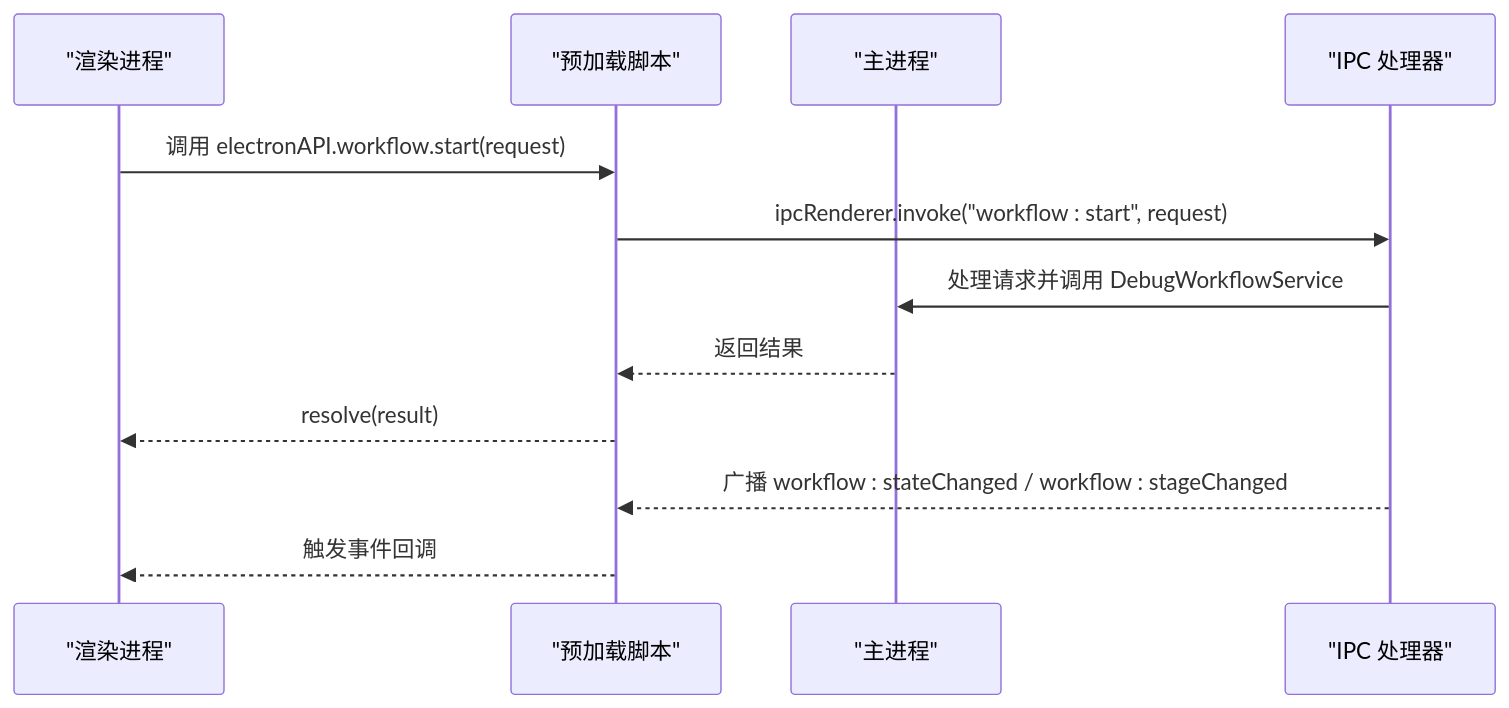
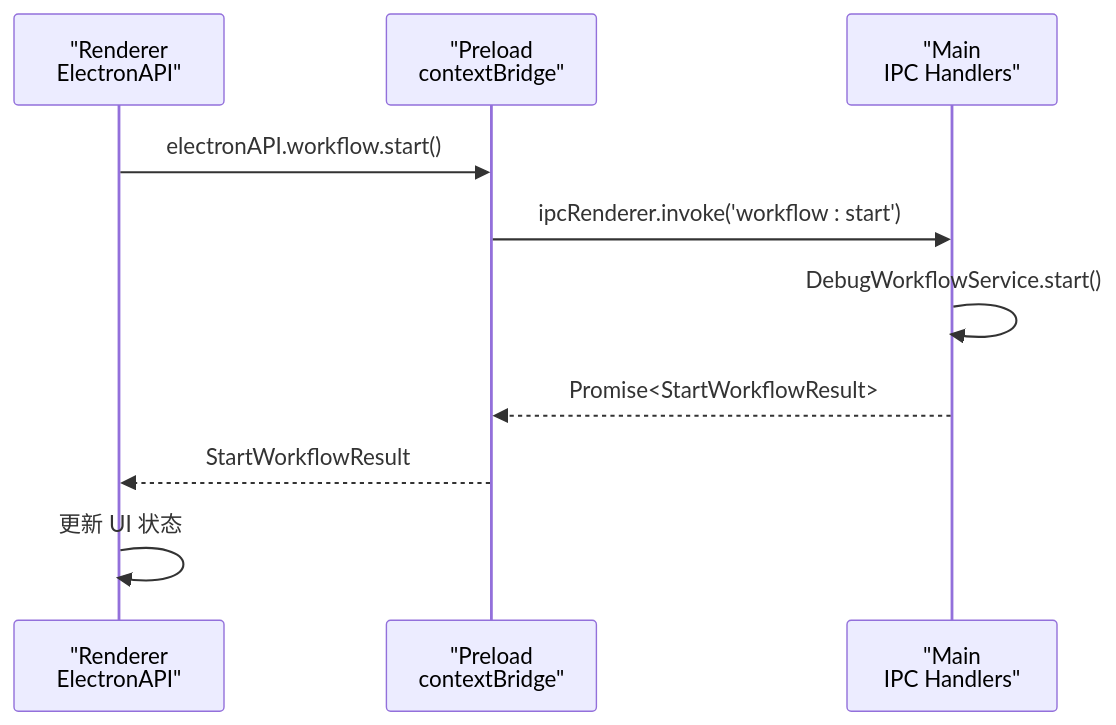
Before and after one commit to haolange/RDC-Agent: the fourth of 6 diagrams in .qoder/repowiki/zh/content/架构设计/架构设计.md, drawn with Mermaid. The commit also changed other lines of this file and 15 other files, not shown here.

````diff
--- a/.qoder/repowiki/zh/content/架构设计/架构设计.md
+++ b/.qoder/repowiki/zh/content/架构设计/架构设计.md
@@ -155,14 +214,12 @@
 ```mermaid
 sequenceDiagram
-participant UI as "渲染进程"
-participant PRE as "预加载脚本"
-participant MAIN as "主进程"
-participant IPC as "IPC 处理器"
-UI->>PRE : 调用 electronAPI.workflow.start(request)
-PRE->>IPC : ipcRenderer.invoke("workflow : start", request)
-IPC->>MAIN : 处理请求并调用 DebugWorkflowService
-MAIN-->>PRE : 返回结果
-PRE-->>UI : resolve(result)
-IPC-->>PRE : 广播 workflow : stateChanged / workflow : stageChanged
-PRE-->>UI : 触发事件回调
+participant R as "Renderer<br/>ElectronAPI"
+participant P as "Preload<br/>contextBridge"
+participant M as "Main<br/>IPC Handlers"
+R->>P : electronAPI.workflow.start()
+P->>M : ipcRenderer.invoke('workflow : start')
+M->>M : DebugWorkflowService.start()
+M-->>P : Promise<StartWorkflowResult>
+P-->>R : StartWorkflowResult
+R->>R : 更新 UI 状态
 ```
````
